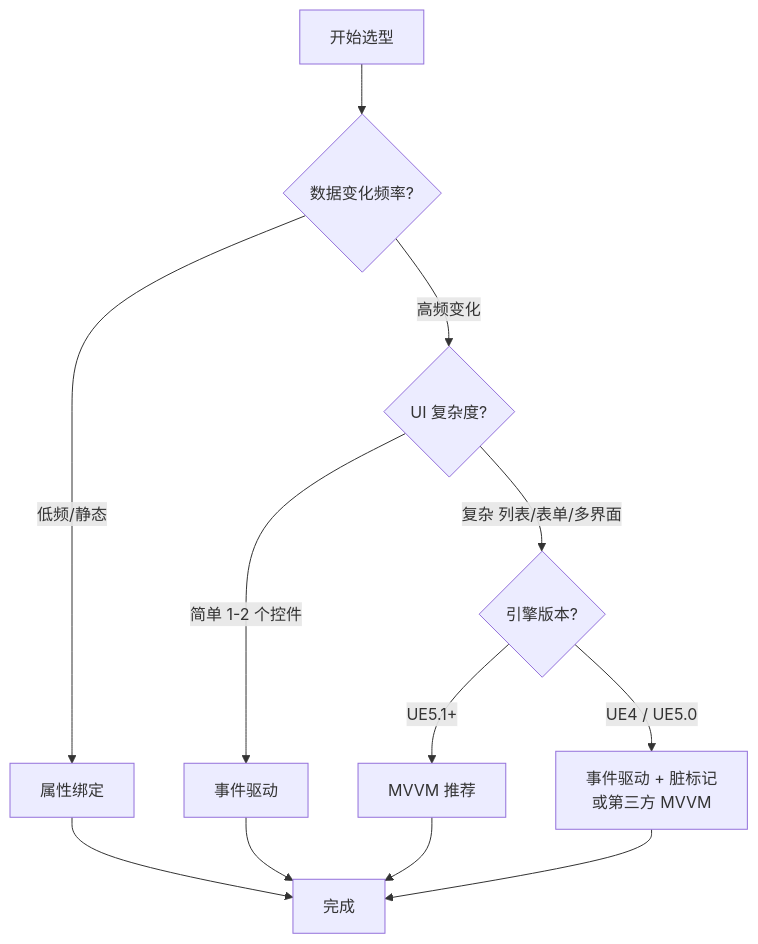
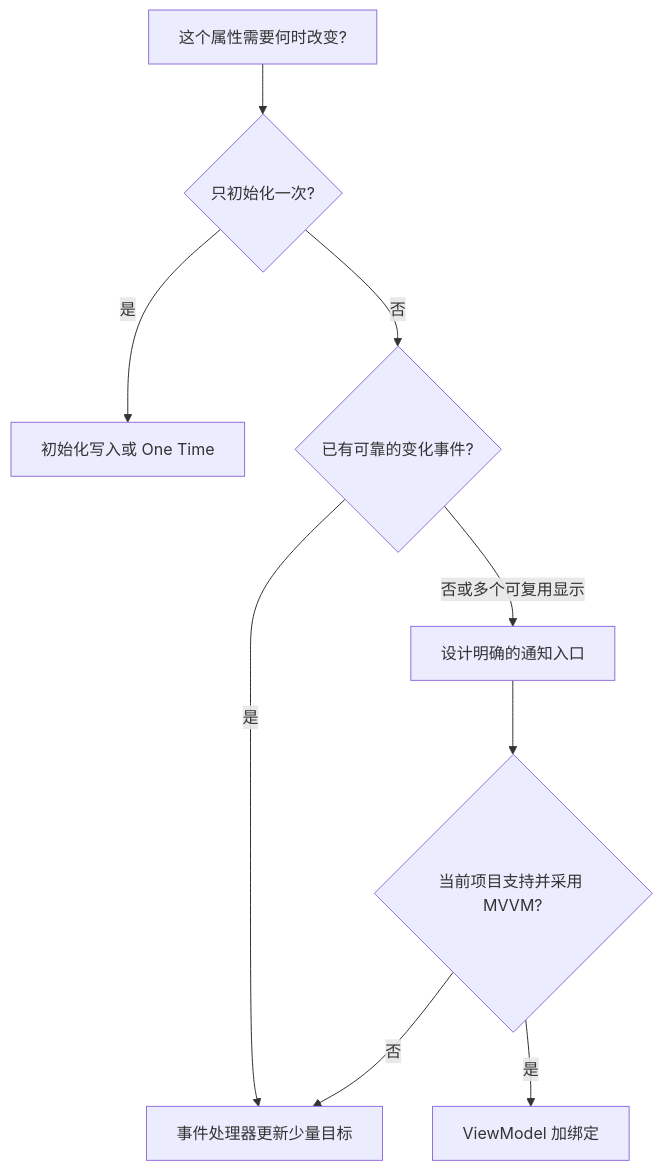
One commit to fantuan812/learning changed the sixth of 6 diagrams in 知识/05-Gameplay与交互系统/界面设置与无障碍/02-UI数据绑定与MVVM.md. Above: the diagram before and after it, drawn with Mermaid. The commit also changed other lines of this file and 2 other files, not shown here.

````diff
--- a/知识/05-Gameplay与交互系统/界面设置与无障碍/02-UI数据绑定与MVVM.md
+++ b/知识/05-Gameplay与交互系统/界面设置与无障碍/02-UI数据绑定与MVVM.md
@@ -322,14 +277,11 @@
 ```mermaid
 flowchart TD
-    A[开始选型] --> B{数据变化频率?}
-    B -->|低频/静态| C[属性绑定]
-    B -->|高频变化| D{UI 复杂度?}
-    D -->|简单 1-2 个控件| E[事件驱动]
-    D -->|复杂 列表/表单/多界面| F{引擎版本?}
-    F -->|UE5.1+| G[MVVM 推荐]
-    F -->|UE4 / UE5.0| H[事件驱动 + 脏标记<br/>或第三方 MVVM]
-    C --> I[完成]
-    E --> I
-    G --> I
-    H --> I
+    A[这个属性需要何时改变?] --> B{只初始化一次?}
+    B -->|是| C[初始化写入或 One Time]
+    B -->|否| D{已有可靠的变化事件?}
+    D -->|是| E[事件处理器更新少量目标]
+    D -->|否或多个可复用显示| F[设计明确的通知入口]
+    F --> G{当前项目支持并采用 MVVM?}
+    G -->|是| H[ViewModel 加绑定]
+    G -->|否| E
 ```
````
